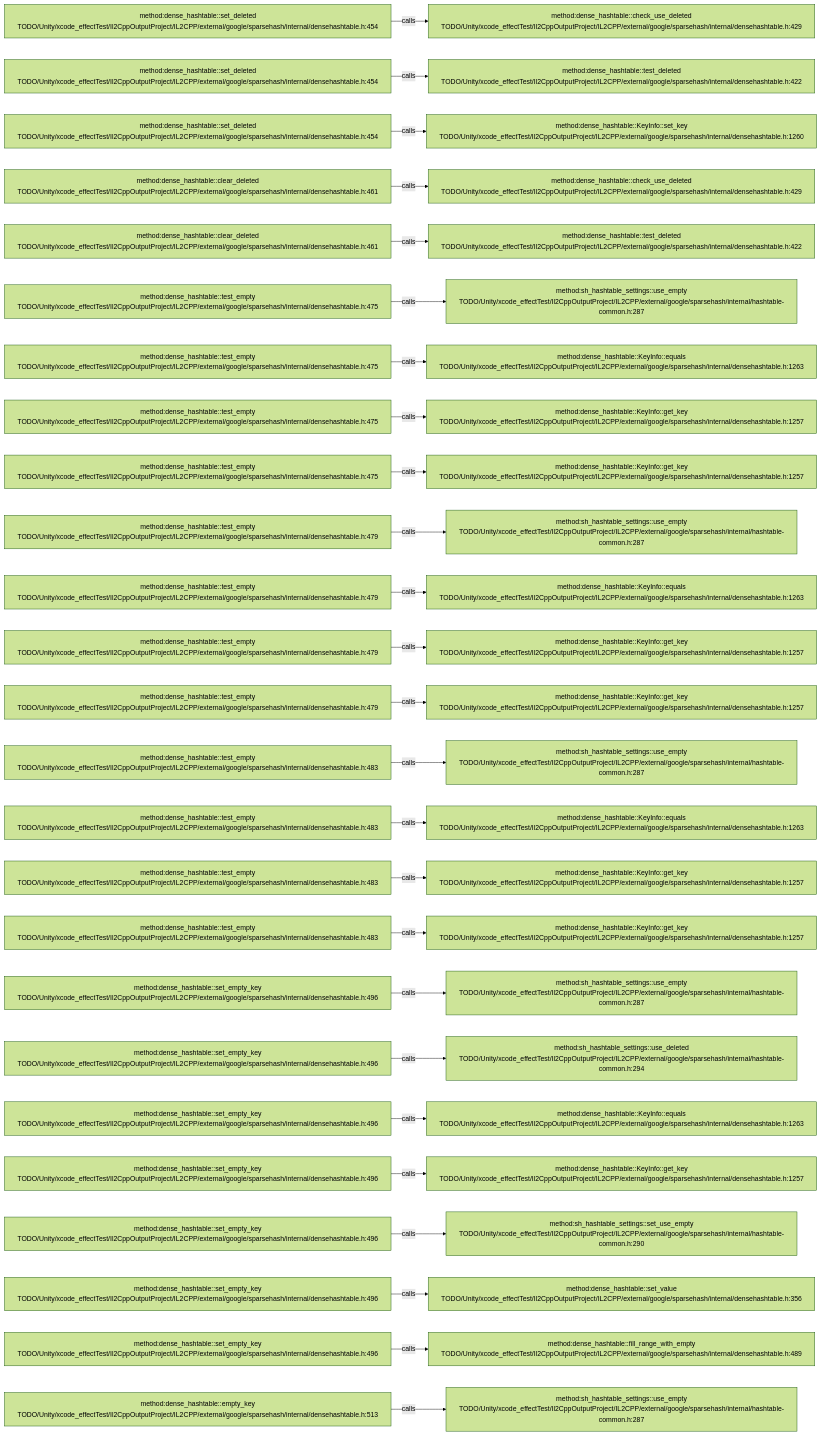
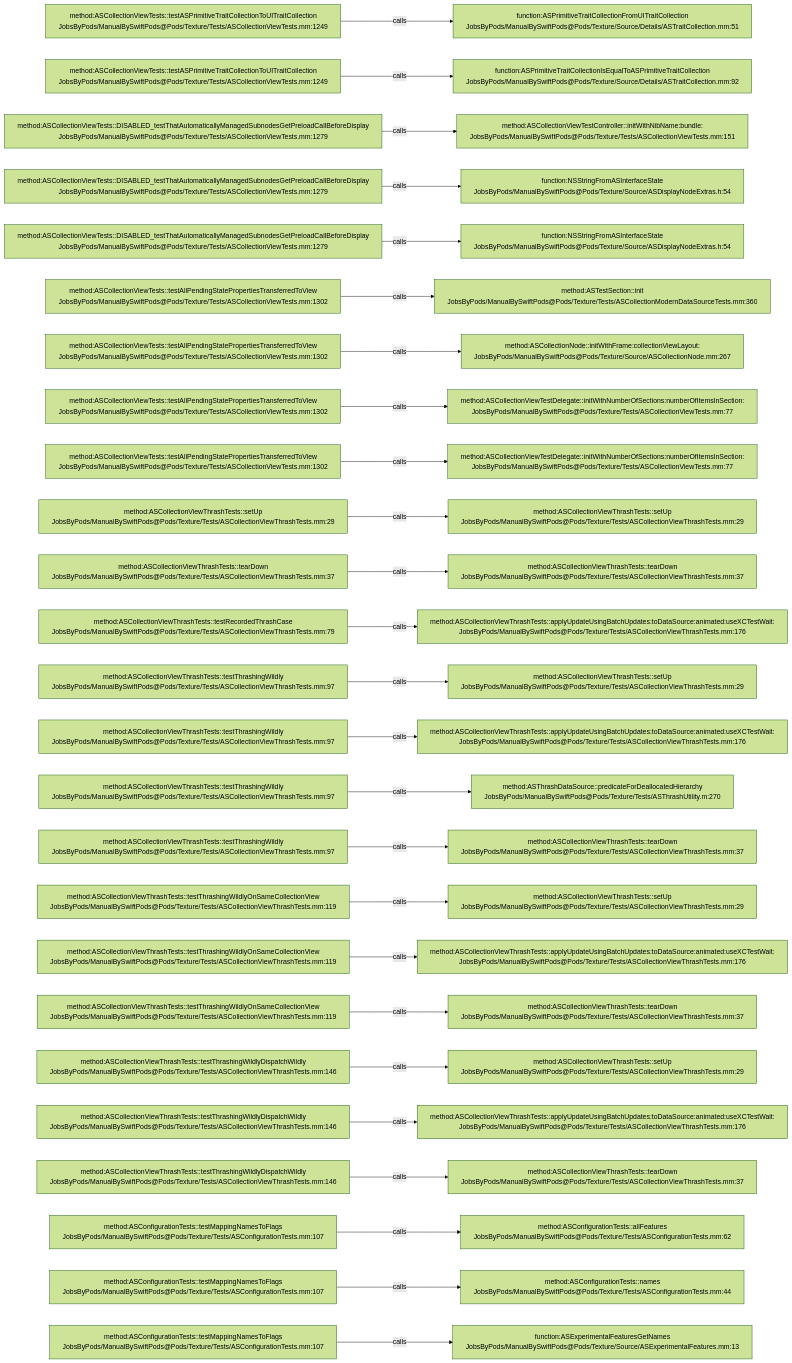
One commit to JobsKits/JobsSwiftBaseConfigDemo changed the diagram in .codegraph/codegraph.md/graphs/calls-193.md. Above: the diagram before and after it, drawn with Mermaid (forest theme). The commit also changed 2959 other files, not shown here.

````diff
--- a/.codegraph/codegraph.md/graphs/calls-193.md
+++ b/.codegraph/codegraph.md/graphs/calls-193.md
@@ -13,78 +13,78 @@
 ```mermaid
 flowchart LR
-  S1["method:dense_hashtable::set_deleted<br/>TODO/Unity/xcode_effectTest/Il2CppOutputProject/IL2CPP/external/google/sparsehash/internal/densehashtable.h:454"]
-  T1["method:dense_hashtable::check_use_deleted<br/>TODO/Unity/xcode_effectTest/Il2CppOutputProject/IL2CPP/external/google/sparsehash/internal/densehashtable.h:429"]
+  S1["method:ASCollectionViewTests::testASPrimitiveTraitCollectionToUITraitCollection<br/>JobsByPods/ManualBySwiftPods@Pods/Texture/Tests/ASCollectionViewTests.mm:1249"]
+  T1["function:ASPrimitiveTraitCollectionFromUITraitCollection<br/>JobsByPods/ManualBySwiftPods@Pods/Texture/Source/Details/ASTraitCollection.mm:51"]
   S1 -->|calls| T1
-  S2["method:dense_hashtable::set_deleted<br/>TODO/Unity/xcode_effectTest/Il2CppOutputProject/IL2CPP/external/google/sparsehash/internal/densehashtable.h:454"]
-  T2["method:dense_hashtable::test_deleted<br/>TODO/Unity/xcode_effectTest/Il2CppOutputProject/IL2CPP/external/google/sparsehash/internal/densehashtable.h:422"]
+  S2["method:ASCollectionViewTests::testASPrimitiveTraitCollectionToUITraitCollection<br/>JobsByPods/ManualBySwiftPods@Pods/Texture/Tests/ASCollectionViewTests.mm:1249"]
+  T2["function:ASPrimitiveTraitCollectionIsEqualToASPrimitiveTraitCollection<br/>JobsByPods/ManualBySwiftPods@Pods/Texture/Source/Details/ASTraitCollection.mm:92"]
   S2 -->|calls| T2
-  S3["method:dense_hashtable::set_deleted<br/>TODO/Unity/xcode_effectTest/Il2CppOutputProject/IL2CPP/external/google/sparsehash/internal/densehashtable.h:454"]
-  T3["method:dense_hashtable::KeyInfo::set_key<br/>TODO/Unity/xcode_effectTest/Il2CppOutputProject/IL2CPP/external/google/sparsehash/internal/densehashtable.h:1260"]
+  S3["method:ASCollectionViewTests::DISABLED_testThatAutomaticallyManagedSubnodesGetPreloadCallBeforeDisplay<br/>JobsByPods/ManualBySwiftPods@Pods/Texture/Tests/ASCollectionViewTests.mm:1279"]
+  T3["method:ASCollectionViewTestController::initWithNibName:bundle:<br/>JobsByPods/ManualBySwiftPods@Pods/Texture/Tests/ASCollectionViewTests.mm:151"]
   S3 -->|calls| T3
-  S4["method:dense_hashtable::clear_deleted<br/>TODO/Unity/xcode_effectTest/Il2CppOutputProject/IL2CPP/external/google/sparsehash/internal/densehashtable.h:461"]
-  T4["method:dense_hashtable::check_use_deleted<br/>TODO/Unity/xcode_effectTest/Il2CppOutputProject/IL2CPP/external/google/sparsehash/internal/densehashtable.h:429"]
+  S4["method:ASCollectionViewTests::DISABLED_testThatAutomaticallyManagedSubnodesGetPreloadCallBeforeDisplay<br/>JobsByPods/ManualBySwiftPods@Pods/Texture/Tests/ASCollectionViewTests.mm:1279"]
+  T4["function:NSStringFromASInterfaceState<br/>JobsByPods/ManualBySwiftPods@Pods/Texture/Source/ASDisplayNodeExtras.h:54"]
   S4 -->|calls| T4
-  S5["method:dense_hashtable::clear_deleted<br/>TODO/Unity/xcode_effectTest/Il2CppOutputProject/IL2CPP/external/google/sparsehash/internal/densehashtable.h:461"]
-  T5["method:dense_hashtable::test_deleted<br/>TODO/Unity/xcode_effectTest/Il2CppOutputProject/IL2CPP/external/google/sparsehash/internal/densehashtable.h:422"]
+  S5["method:ASCollectionViewTests::DISABLED_testThatAutomaticallyManagedSubnodesGetPreloadCallBeforeDisplay<br/>JobsByPods/ManualBySwiftPods@Pods/Texture/Tests/ASCollectionViewTests.mm:1279"]
+  T5["function:NSStringFromASInterfaceState<br/>JobsByPods/ManualBySwiftPods@Pods/Texture/Source/ASDisplayNodeExtras.h:54"]
   S5 -->|calls| T5
-  S6["method:dense_hashtable::test_empty<br/>TODO/Unity/xcode_effectTest/Il2CppOutputProject/IL2CPP/external/google/sparsehash/internal/densehashtable.h:475"]
-  T6["method:sh_hashtable_settings::use_empty<br/>TODO/Unity/xcode_effectTest/Il2CppOutputProject/IL2CPP/external/google/sparsehash/internal/hashtable-common.h:287"]
+  S6["method:ASCollectionViewTests::testAllPendingStatePropertiesTransferredToView<br/>JobsByPods/ManualBySwiftPods@Pods/Texture/Tests/ASCollectionViewTests.mm:1302"]
+  T6["method:ASTestSection::init<br/>JobsByPods/ManualBySwiftPods@Pods/Texture/Tests/ASCollectionModernDataSourceTests.mm:360"]
   S6 -->|calls| T6
-  S7["method:dense_hashtable::test_empty<br/>TODO/Unity/xcode_effectTest/Il2CppOutputProject/IL2CPP/external/google/sparsehash/internal/densehashtable.h:475"]
-  T7["method:dense_hashtable::KeyInfo::equals<br/>TODO/Unity/xcode_effectTest/Il2CppOutputProject/IL2CPP/external/google/sparsehash/internal/densehashtable.h:1263"]
+  S7["method:ASCollectionViewTests::testAllPendingStatePropertiesTransferredToView<br/>JobsByPods/ManualBySwiftPods@Pods/Texture/Tests/ASCollectionViewTests.mm:1302"]
+  T7["method:ASCollectionNode::initWithFrame:collectionViewLayout:<br/>JobsByPods/ManualBySwiftPods@Pods/Texture/Source/ASCollectionNode.mm:267"]
   S7 -->|calls| T7
-  S8["method:dense_hashtable::test_empty<br/>TODO/Unity/xcode_effectTest/Il2CppOutputProject/IL2CPP/external/google/sparsehash/internal/densehashtable.h:475"]
-  T8["method:dense_hashtable::KeyInfo::get_key<br/>TODO/Unity/xcode_effectTest/Il2CppOutputProject/IL2CPP/external/google/sparsehash/internal/densehashtable.h:1257"]
+  S8["method:ASCollectionViewTests::testAllPendingStatePropertiesTransferredToView<br/>JobsByPods/ManualBySwiftPods@Pods/Texture/Tests/ASCollectionViewTests.mm:1302"]
+  T8["method:ASCollectionViewTestDelegate::initWithNumberOfSections:numberOfItemsInSection:<br/>JobsByPods/ManualBySwiftPods@Pods/Texture/Tests/ASCollectionViewTests.mm:77"]
   S8 -->|calls| T8
-  S9["method:dense_hashtable::test_empty<br/>TODO/Unity/xcode_effectTest/Il2CppOutputProject/IL2CPP/external/google/sparsehash/internal/densehashtable.h:475"]
-  T9["method:dense_hashtable::KeyInfo::get_key<br/>TODO/Unity/xcode_effectTest/Il2CppOutputProject/IL2CPP/external/google/sparsehash/internal/densehashtable.h:1257"]
+  S9["method:ASCollectionViewTests::testAllPendingStatePropertiesTransferredToView<br/>JobsByPods/ManualBySwiftPods@Pods/Texture/Tests/ASCollectionViewTests.mm:1302"]
+  T9["method:ASCollectionViewTestDelegate::initWithNumberOfSections:numberOfItemsInSection:<br/>JobsByPods/ManualBySwiftPods@Pods/Texture/Tests/ASCollectionViewTests.mm:77"]
   S9 -->|calls| T9
-  S10["method:dense_hashtable::test_empty<br/>TODO/Unity/xcode_effectTest/Il2CppOutputProject/IL2CPP/external/google/sparsehash/internal/densehashtable.h:479"]
-  T10["method:sh_hashtable_settings::use_empty<br/>TODO/Unity/xcode_effectTest/Il2CppOutputProject/IL2CPP/external/google/sparsehash/internal/hashtable-common.h:287"]
+  S10["method:ASCollectionViewThrashTests::setUp<br/>JobsByPods/ManualBySwiftPods@Pods/Texture/Tests/ASCollectionViewThrashTests.mm:29"]
+  T10["method:ASCollectionViewThrashTests::setUp<br/>JobsByPods/ManualBySwiftPods@Pods/Texture/Tests/ASCollectionViewThrashTests.mm:29"]
   S10 -->|calls| T10
-  S11["method:dense_hashtable::test_empty<br/>TODO/Unity/xcode_effectTest/Il2CppOutputProject/IL2CPP/external/google/sparsehash/internal/densehashtable.h:479"]
-  T11["method:dense_hashtable::KeyInfo::equals<br/>TODO/Unity/xcode_effectTest/Il2CppOutputProject/IL2CPP/external/google/sparsehash/internal/densehashtable.h:1263"]
+  S11["method:ASCollectionViewThrashTests::tearDown<br/>JobsByPods/ManualBySwiftPods@Pods/Texture/Tests/ASCollectionViewThrashTests.mm:37"]
+  T11["method:ASCollectionViewThrashTests::tearDown<br/>JobsByPods/ManualBySwiftPods@Pods/Texture/Tests/ASCollectionViewThrashTests.mm:37"]
   S11 -->|calls| T11
-  S12["method:dense_hashtable::test_empty<br/>TODO/Unity/xcode_effectTest/Il2CppOutputProject/IL2CPP/external/google/sparsehash/internal/densehashtable.h:479"]
-  T12["method:dense_hashtable::KeyInfo::get_key<br/>TODO/Unity/xcode_effectTest/Il2CppOutputProject/IL2CPP/external/google/sparsehash/internal/densehashtable.h:1257"]
+  S12["method:ASCollectionViewThrashTests::testRecordedThrashCase<br/>JobsByPods/ManualBySwiftPods@Pods/Texture/Tests/ASCollectionViewThrashTests.mm:79"]
+  T12["method:ASCollectionViewThrashTests::applyUpdateUsingBatchUpdates:toDataSource:animated:useXCTestWait:<br/>JobsByPods/ManualBySwiftPods@Pods/Texture/Tests/ASCollectionViewThrashTests.mm:176"]
   S12 -->|calls| T12
-  S13["method:dense_hashtable::test_empty<br/>TODO/Unity/xcode_effectTest/Il2CppOutputProject/IL2CPP/external/google/sparsehash/internal/densehashtable.h:479"]
-  T13["method:dense_hashtable::KeyInfo::get_key<br/>TODO/Unity/xcode_effectTest/Il2CppOutputProject/IL2CPP/external/google/sparsehash/internal/densehashtable.h:1257"]
+  S13["method:ASCollectionViewThrashTests::testThrashingWildly<br/>JobsByPods/ManualBySwiftPods@Pods/Texture/Tests/ASCollectionViewThrashTests.mm:97"]
+  T13["method:ASCollectionViewThrashTests::setUp<br/>JobsByPods/ManualBySwiftPods@Pods/Texture/Tests/ASCollectionViewThrashTests.mm:29"]
   S13 -->|calls| T13
-  S14["method:dense_hashtable::test_empty<br/>TODO/Unity/xcode_effectTest/Il2CppOutputProject/IL2CPP/external/google/sparsehash/internal/densehashtable.h:483"]
-  T14["method:sh_hashtable_settings::use_empty<br/>TODO/Unity/xcode_effectTest/Il2CppOutputProject/IL2CPP/external/google/sparsehash/internal/hashtable-common.h:287"]
+  S14["method:ASCollectionViewThrashTests::testThrashingWildly<br/>JobsByPods/ManualBySwiftPods@Pods/Texture/Tests/ASCollectionViewThrashTests.mm:97"]
+  T14["method:ASCollectionViewThrashTests::applyUpdateUsingBatchUpdates:toDataSource:animated:useXCTestWait:<br/>JobsByPods/ManualBySwiftPods@Pods/Texture/Tests/ASCollectionViewThrashTests.mm:176"]
   S14 -->|calls| T14
-  S15["method:dense_hashtable::test_empty<br/>TODO/Unity/xcode_effectTest/Il2CppOutputProject/IL2CPP/external/google/sparsehash/internal/densehashtable.h:483"]
-  T15["method:dense_hashtable::KeyInfo::equals<br/>TODO/Unity/xcode_effectTest/Il2CppOutputProject/IL2CPP/external/google/sparsehash/internal/densehashtable.h:1263"]
+  S15["method:ASCollectionViewThrashTests::testThrashingWildly<br/>JobsByPods/ManualBySwiftPods@Pods/Texture/Tests/ASCollectionViewThrashTests.mm:97"]
+  T15["method:ASThrashDataSource::predicateForDeallocatedHierarchy<br/>JobsByPods/ManualBySwiftPods@Pods/Texture/Tests/ASThrashUtility.m:270"]
   S15 -->|calls| T15
-  S16["method:dense_hashtable::test_empty<br/>TODO/Unity/xcode_effectTest/Il2CppOutputProject/IL2CPP/external/google/sparsehash/internal/densehashtable.h:483"]
-  T16["method:dense_hashtable::KeyInfo::get_key<br/>TODO/Unity/xcode_effectTest/Il2CppOutputProject/IL2CPP/external/google/sparsehash/internal/densehashtable.h:1257"]
+  S16["method:ASCollectionViewThrashTests::testThrashingWildly<br/>JobsByPods/ManualBySwiftPods@Pods/Texture/Tests/ASCollectionViewThrashTests.mm:97"]
+  T16["method:ASCollectionViewThrashTests::tearDown<br/>JobsByPods/ManualBySwiftPods@Pods/Texture/Tests/ASCollectionViewThrashTests.mm:37"]
   S16 -->|calls| T16
-  S17["method:dense_hashtable::test_empty<br/>TODO/Unity/xcode_effectTest/Il2CppOutputProject/IL2CPP/external/google/sparsehash/internal/densehashtable.h:483"]
-  T17["method:dense_hashtable::KeyInfo::get_key<br/>TODO/Unity/xcode_effectTest/Il2CppOutputProject/IL2CPP/external/google/sparsehash/internal/densehashtable.h:1257"]
+  S17["method:ASCollectionViewThrashTests::testThrashingWildlyOnSameCollectionView<br/>JobsByPods/ManualBySwiftPods@Pods/Texture/Tests/ASCollectionViewThrashTests.mm:119"]
+  T17["method:ASCollectionViewThrashTests::setUp<br/>JobsByPods/ManualBySwiftPods@Pods/Texture/Tests/ASCollectionViewThrashTests.mm:29"]
   S17 -->|calls| T17
-  S18["method:dense_hashtable::set_empty_key<br/>TODO/Unity/xcode_effectTest/Il2CppOutputProject/IL2CPP/external/google/sparsehash/internal/densehashtable.h:496"]
-  T18["method:sh_hashtable_settings::use_empty<br/>TODO/Unity/xcode_effectTest/Il2CppOutputProject/IL2CPP/external/google/sparsehash/internal/hashtable-common.h:287"]
+  S18["method:ASCollectionViewThrashTests::testThrashingWildlyOnSameCollectionView<br/>JobsByPods/ManualBySwiftPods@Pods/Texture/Tests/ASCollectionViewThrashTests.mm:119"]
+  T18["method:ASCollectionViewThrashTests::applyUpdateUsingBatchUpdates:toDataSource:animated:useXCTestWait:<br/>JobsByPods/ManualBySwiftPods@Pods/Texture/Tests/ASCollectionViewThrashTests.mm:176"]
   S18 -->|calls| T18
-  S19["method:dense_hashtable::set_empty_key<br/>TODO/Unity/xcode_effectTest/Il2CppOutputProject/IL2CPP/external/google/sparsehash/internal/densehashtable.h:496"]
-  T19["method:sh_hashtable_settings::use_deleted<br/>TODO/Unity/xcode_effectTest/Il2CppOutputProject/IL2CPP/external/google/sparsehash/internal/hashtable-common.h:294"]
+  S19["method:ASCollectionViewThrashTests::testThrashingWildlyOnSameCollectionView<br/>JobsByPods/ManualBySwiftPods@Pods/Texture/Tests/ASCollectionViewThrashTests.mm:119"]
+  T19["method:ASCollectionViewThrashTests::tearDown<br/>JobsByPods/ManualBySwiftPods@Pods/Texture/Tests/ASCollectionViewThrashTests.mm:37"]
   S19 -->|calls| T19
-  S20["method:dense_hashtable::set_empty_key<br/>TODO/Unity/xcode_effectTest/Il2CppOutputProject/IL2CPP/external/google/sparsehash/internal/densehashtable.h:496"]
-  T20["method:dense_hashtable::KeyInfo::equals<br/>TODO/Unity/xcode_effectTest/Il2CppOutputProject/IL2CPP/external/google/sparsehash/internal/densehashtable.h:1263"]
+  S20["method:ASCollectionViewThrashTests::testThrashingWildlyDispatchWildly<br/>JobsByPods/ManualBySwiftPods@Pods/Texture/Tests/ASCollectionViewThrashTests.mm:146"]
+  T20["method:ASCollectionViewThrashTests::setUp<br/>JobsByPods/ManualBySwiftPods@Pods/Texture/Tests/ASCollectionViewThrashTests.mm:29"]
   S20 -->|calls| T20
-  S21["method:dense_hashtable::set_empty_key<br/>TODO/Unity/xcode_effectTest/Il2CppOutputProject/IL2CPP/external/google/sparsehash/internal/densehashtable.h:496"]
-  T21["method:dense_hashtable::KeyInfo::get_key<br/>TODO/Unity/xcode_effectTest/Il2CppOutputProject/IL2CPP/external/google/sparsehash/internal/densehashtable.h:1257"]
+  S21["method:ASCollectionViewThrashTests::testThrashingWildlyDispatchWildly<br/>JobsByPods/ManualBySwiftPods@Pods/Texture/Tests/ASCollectionViewThrashTests.mm:146"]
+  T21["method:ASCollectionViewThrashTests::applyUpdateUsingBatchUpdates:toDataSource:animated:useXCTestWait:<br/>JobsByPods/ManualBySwiftPods@Pods/Texture/Tests/ASCollectionViewThrashTests.mm:176"]
   S21 -->|calls| T21
-  S22["method:dense_hashtable::set_empty_key<br/>TODO/Unity/xcode_effectTest/Il2CppOutputProject/IL2CPP/external/google/sparsehash/internal/densehashtable.h:496"]
-  T22["method:sh_hashtable_settings::set_use_empty<br/>TODO/Unity/xcode_effectTest/Il2CppOutputProject/IL2CPP/external/google/sparsehash/internal/hashtable-common.h:290"]
+  S22["method:ASCollectionViewThrashTests::testThrashingWildlyDispatchWildly<br/>JobsByPods/ManualBySwiftPods@Pods/Texture/Tests/ASCollectionViewThrashTests.mm:146"]
+  T22["method:ASCollectionViewThrashTests::tearDown<br/>JobsByPods/ManualBySwiftPods@Pods/Texture/Tests/ASCollectionViewThrashTests.mm:37"]
   S22 -->|calls| T22
-  S23["method:dense_hashtable::set_empty_key<br/>TODO/Unity/xcode_effectTest/Il2CppOutputProject/IL2CPP/external/google/sparsehash/internal/densehashtable.h:496"]
-  T23["method:dense_hashtable::set_value<br/>TODO/Unity/xcode_effectTest/Il2CppOutputProject/IL2CPP/external/google/sparsehash/internal/densehashtable.h:356"]
+  S23["method:ASConfigurationTests::testMappingNamesToFlags<br/>JobsByPods/ManualBySwiftPods@Pods/Texture/Tests/ASConfigurationTests.mm:107"]
+  T23["method:ASConfigurationTests::allFeatures<br/>JobsByPods/ManualBySwiftPods@Pods/Texture/Tests/ASConfigurationTests.mm:62"]
   S23 -->|calls| T23
-  S24["method:dense_hashtable::set_empty_key<br/>TODO/Unity/xcode_effectTest/Il2CppOutputProject/IL2CPP/external/google/sparsehash/internal/densehashtable.h:496"]
-  T24["method:dense_hashtable::fill_range_with_empty<br/>TODO/Unity/xcode_effectTest/Il2CppOutputProject/IL2CPP/external/google/sparsehash/internal/densehashtable.h:489"]
+  S24["method:ASConfigurationTests::testMappingNamesToFlags<br/>JobsByPods/ManualBySwiftPods@Pods/Texture/Tests/ASConfigurationTests.mm:107"]
+  T24["method:ASConfigurationTests::names<br/>JobsByPods/ManualBySwiftPods@Pods/Texture/Tests/ASConfigurationTests.mm:44"]
   S24 -->|calls| T24
-  S25["method:dense_hashtable::empty_key<br/>TODO/Unity/xcode_effectTest/Il2CppOutputProject/IL2CPP/external/google/sparsehash/internal/densehashtable.h:513"]
-  T25["method:sh_hashtable_settings::use_empty<br/>TODO/Unity/xcode_effectTest/Il2CppOutputProject/IL2CPP/external/google/sparsehash/internal/hashtable-common.h:287"]
+  S25["method:ASConfigurationTests::testMappingNamesToFlags<br/>JobsByPods/ManualBySwiftPods@Pods/Texture/Tests/ASConfigurationTests.mm:107"]
+  T25["function:ASExperimentalFeaturesGetNames<br/>JobsByPods/ManualBySwiftPods@Pods/Texture/Source/ASExperimentalFeatures.mm:13"]
   S25 -->|calls| T25
 ```
````
